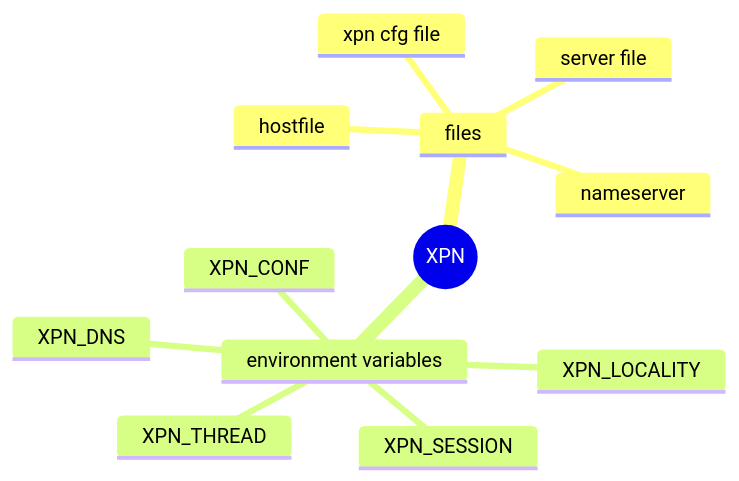
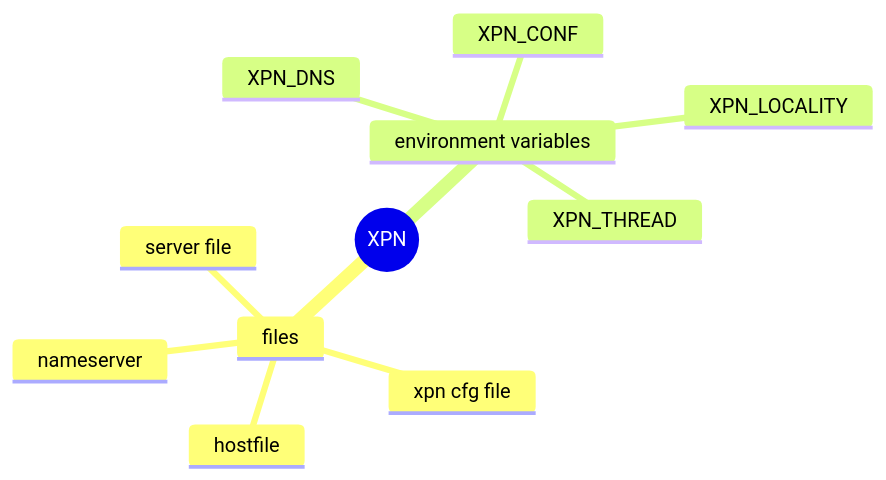
One commit to xpn-arcos/xpn changed the second of 3 diagrams in README.md. Above: the diagram before and after it, drawn with Mermaid. The commit also changed other lines of this file and 9 other files, not shown here.

Commit message:
2.3.0: Remove XPN_SESSION from mpi

````diff
--- a/README.md
+++ b/README.md
@@ -117,15 +117,14 @@
   ```mermaid
   mindmap
   root((XPN))
     files
         hostfile
         xpn cfg file
         nameserver
         server file
     environment variables
         XPN_DNS
         XPN_CONF
         XPN_THREAD
-        XPN_SESSION
         XPN_LOCALITY
 ```
````
